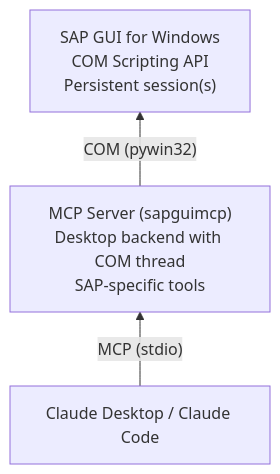
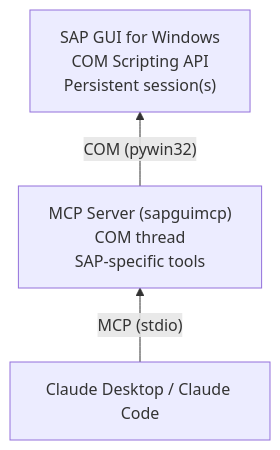
One commit to Hochfrequenz/sapgui.mcp changed the diagram in README.md. Above: the diagram before and after it, drawn with Mermaid. The commit also changed other lines of this file and 45 other files, not shown here.

````diff
--- a/README.md
+++ b/README.md
@@ -1115,9 +467,8 @@
 ```mermaid
 graph BT
     Claude["Claude Desktop / Claude Code"]
-    MCP["MCP Server (sapguimcp)\nDesktop backend with COM thread\nSAP-specific tools"]
+    MCP["MCP Server (sapguimcp)\nCOM thread\nSAP-specific tools"]
     SAP["SAP GUI for Windows\nCOM Scripting API\nPersistent session(s)"]
-
     Claude -- "MCP (stdio)" --> MCP
     MCP -- "COM (pywin32)" --> SAP
 ```
````
